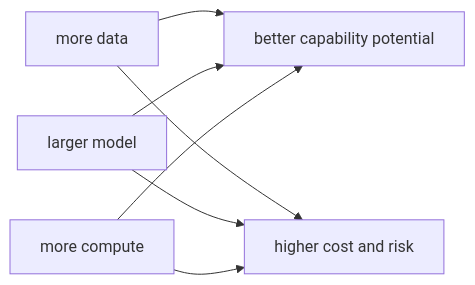
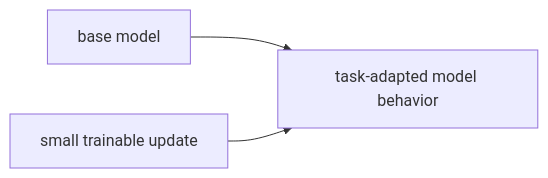
One commit to devchan64/AiBook changed the diagram in docs/parts/part-05/chapter-07/section-02.md. Above: the diagram before and after it, drawn with Mermaid. The commit also changed other lines of this file and 47 other files, not shown here.

````diff
--- a/docs/parts/part-05/chapter-07/section-02.md
+++ b/docs/parts/part-05/chapter-07/section-02.md
@@ -108,15 +121,9 @@
 ```mermaid
 flowchart LR
-  A["more data"]
-  B["larger model"]
-  C["more compute"]
-  D["better capability potential"]
-  E["higher cost and risk"]
+  A["base model"]
+  B["small trainable update"]
+  C["task-adapted model behavior"]
 
-  A --> D
-  B --> D
-  C --> D
-  A --> E
-  B --> E
-  C --> E
+  A --> C
+  B --> C
 ```
````
